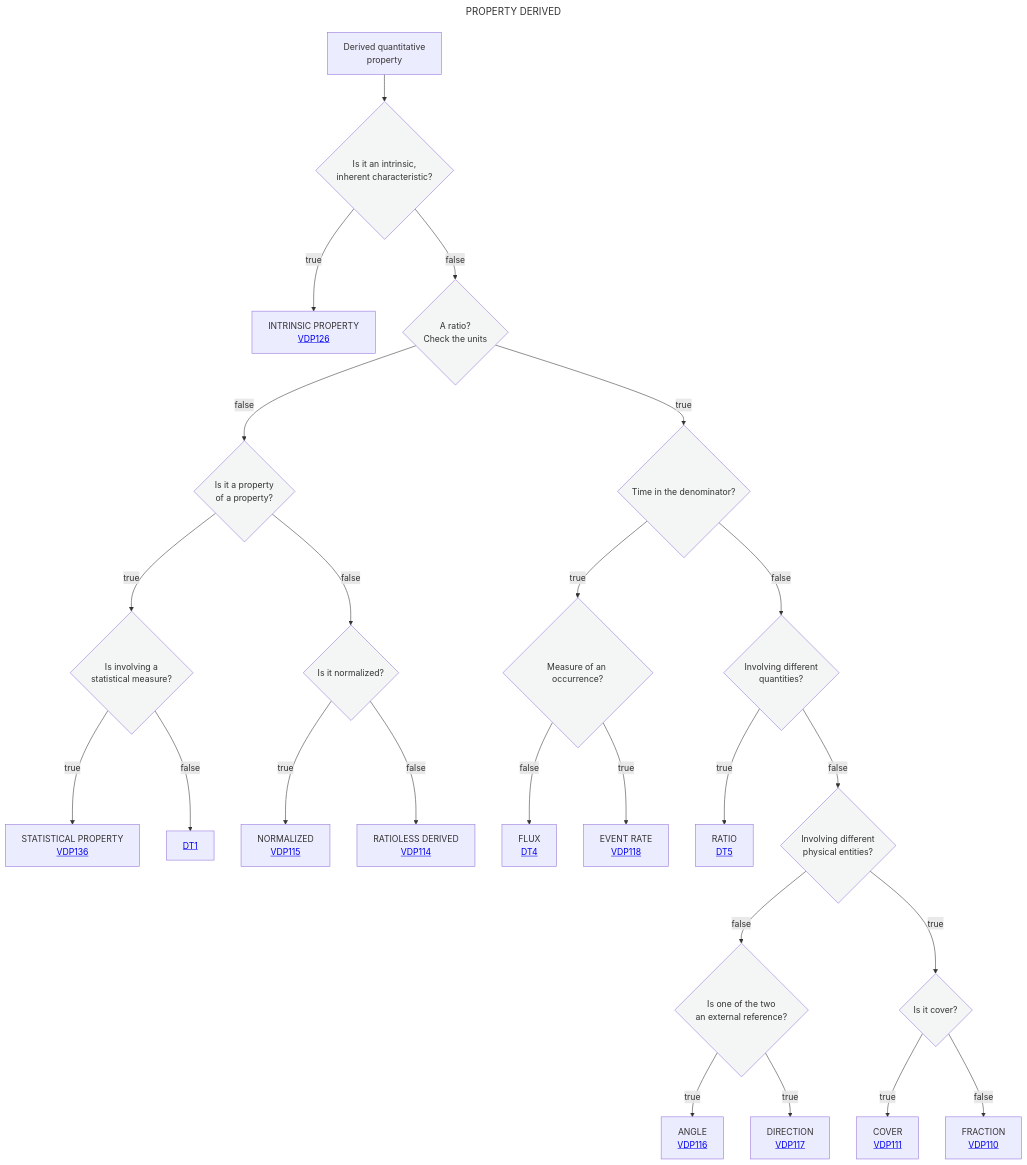
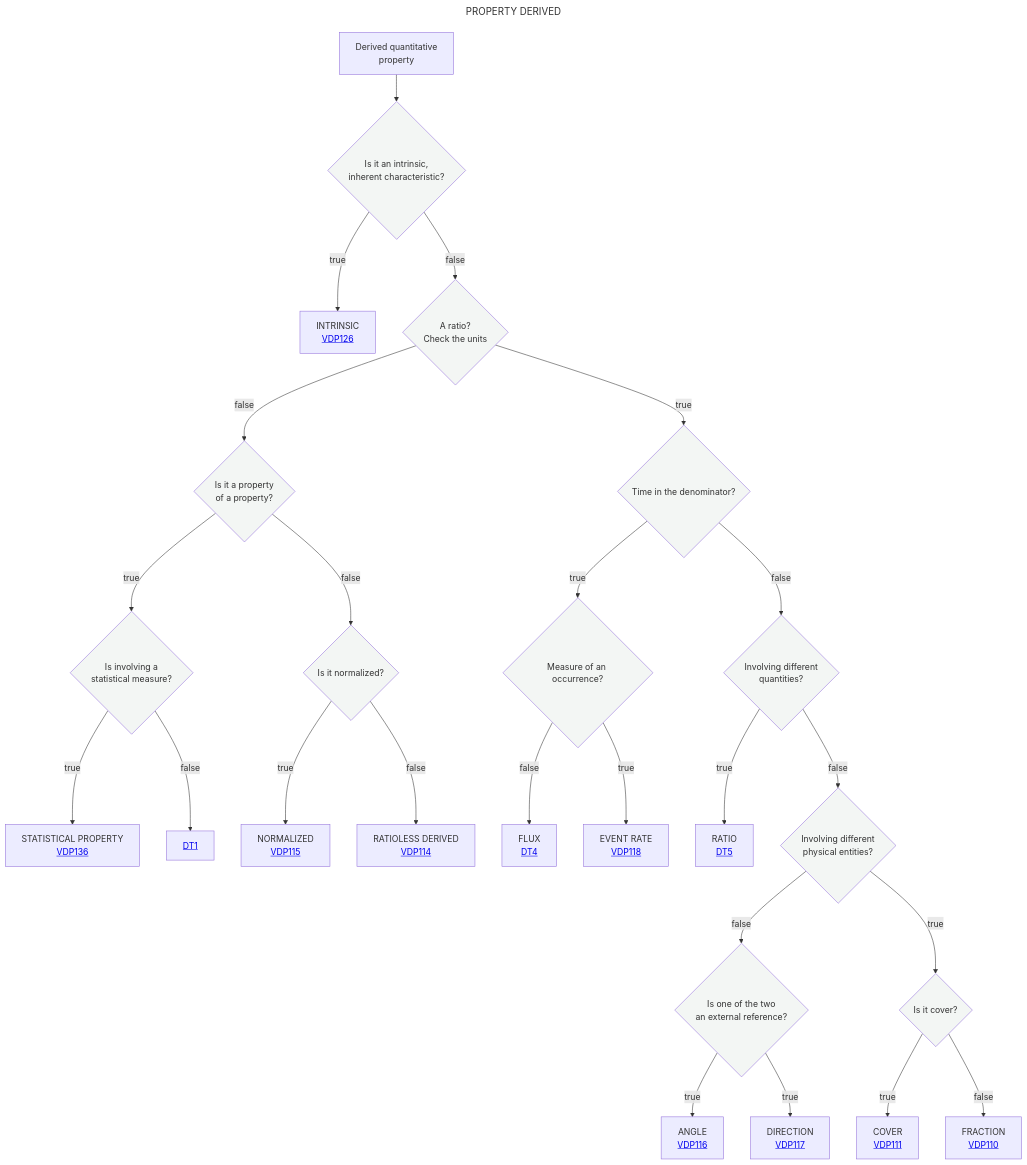
The diagram in Decisition_trees/DT3.mmd (mabablue/I-ADOPT-patterns-playground), drawn with Mermaid before and after one commit.

Commit message:
Update label for intrinsic property in flowchart

```diff
--- a/Decisition_trees/DT3.mmd
+++ b/Decisition_trees/DT3.mmd
@@ -1,31 +1,31 @@
 ---
 title: PROPERTY DERIVED
 ---
 flowchart TD
     A[Derived quantitative <br> property] --> AB{Is it an intrinsic, <br> inherent characteristic?}:::white
-    AB --> |true|Z[INTRINSIC PROPERTY <br> <a href='https://github.com/mabablue/I-ADOPT-patterns-playground/blob/main/pattern/VDP126.yaml'>VDP126</a>]
+    AB --> |true|Z[INTRINSIC <br> <a href='https://github.com/mabablue/I-ADOPT-patterns-playground/blob/main/pattern/VDP126.yaml'>VDP126</a>]
     AB --> |false|B{A ratio?<br>Check the units}:::white
     B --> |true|N{Time in the denominator?}:::white
     B --> |false|C{Is it a property <br> of a property?}:::white
     C --> |true|D{Is involving a <br> statistical measure?}:::white
     D --> |true|G[STATISTICAL PROPERTY <br> <a href='https://github.com/mabablue/I-ADOPT-patterns-playground/blob/main/pattern/VDP136.yaml'>VDP136</a>]
     D --> |false|F[<a href='https://github.com/mabablue/I-ADOPT-patterns-playground/blob/main/Decisition_trees/DT2.mmd'>DT1</a>]
     C --> |false|I{Is it normalized?}:::white
     I --> |true|T[NORMALIZED <br> <a href='https://github.com/mabablue/I-ADOPT-patterns-playground/blob/main/pattern/VDP115.yaml'>VDP115</a>]
     I --> |false|U[RATIOLESS DERIVED <br> <a href='https://github.com/mabablue/I-ADOPT-patterns-playground/blob/main/pattern/VDP114.yaml'>VDP114</a>]
     N --> |true|E{Measure of an occurrence?}:::white
     E --> |false|K[FLUX <br> <a href='https://github.com/mabablue/I-ADOPT-patterns-playground/blob/main/Decisition_trees/DT4.mmd'> DT4</a>]
     E --> |true|J[EVENT RATE <br> <a href='https://github.com/mabablue/I-ADOPT-patterns-playground/blob/main/pattern/VDP118.yaml'>VDP118</a>]
     N --> |false|O{Involving different <br> quantities?}:::white
     O --> |true|P[RATIO <br> <a href='https://github.com/mabablue/I-ADOPT-patterns-playground/blob/main/Decisition_trees/DT5.mmd'> DT5</a>]
     O --> |false|Q{Involving different <br> physical entities?}:::white
     Q --> |false|R{Is one of the two <br> an external reference?}:::white
     R --> |true|L[ANGLE <br> <a href='https://github.com/mabablue/I-ADOPT-patterns-playground/blob/main/pattern/VDP116.yaml'>VDP116</a>]
     R --> |true|M[DIRECTION <br> <a href='https://github.com/mabablue/I-ADOPT-patterns-playground/blob/main/pattern/VDP117.yaml'>VDP117</a>]
     Q --> |true|S{Is it cover?}:::white
     S --> |true|X[COVER <br> <a href='https://github.com/mabablue/I-ADOPT-patterns-playground/blob/main/pattern/VDP111.yaml'>VDP111</a>]
     S --> |false|V[FRACTION <br> <a href='https://github.com/mabablue/I-ADOPT-patterns-playground/blob/main/pattern/VDP110.yaml'>VDP110</a>]
    classDef blue fill:#90D5FF
    classDef satblue fill:#57B9FF 
    classDef white fill:#f3f6f4
    classDef green fill:#6aa84f
```
